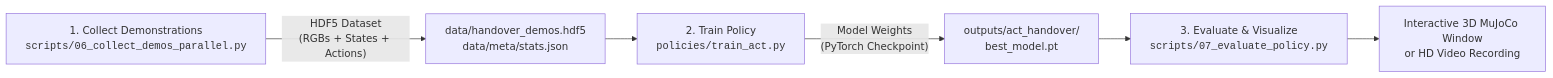
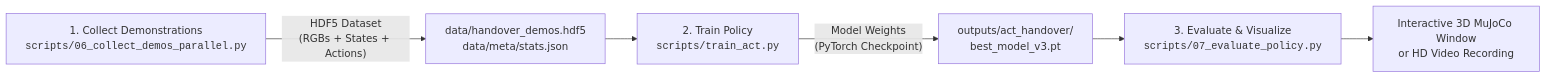
The diagram in PIPELINE_GUIDE.md (Digvijay2347/Robotic-Pick-and-Handover-System), drawn with Mermaid before and after one commit. The commit also changed other lines of this file and 4 other files, not shown here.

Commit message:
docs: synchronize all project guides with 100% success hybrid architecture

````diff
--- a/PIPELINE_GUIDE.md
+++ b/PIPELINE_GUIDE.md
@@ -10,8 +10,8 @@
 ```mermaid
 flowchart LR
     P6["1. Collect Demonstrations<br/><code>scripts/06_collect_demos_parallel.py</code>"] -->|"HDF5 Dataset<br/>(RGBs + States + Actions)"| DATA["data/handover_demos.hdf5<br/>data/meta/stats.json"]
-    DATA --> P7["2. Train Policy<br/><code>policies/train_act.py</code>"]
-    P7 -->|"Model Weights<br/>(PyTorch Checkpoint)"| PT["outputs/act_handover/<br/>best_model.pt"]
+    DATA --> P7["2. Train Policy<br/><code>scripts/train_act.py</code>"]
+    P7 -->|"Model Weights<br/>(PyTorch Checkpoint)"| PT["outputs/act_handover/<br/>best_model_v3.pt"]
     PT --> P8["3. Evaluate & Visualize<br/><code>scripts/07_evaluate_policy.py</code>"]
     P8 --> VIEW["Interactive 3D MuJoCo Window<br/>or HD Video Recording"]
 ```
````
